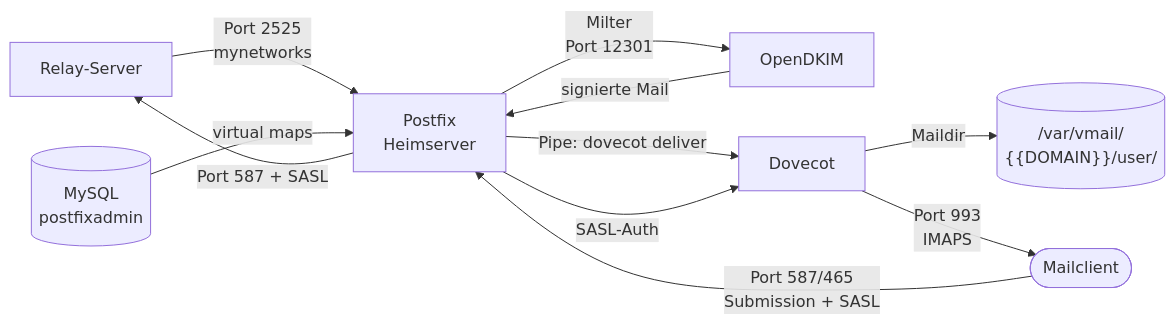
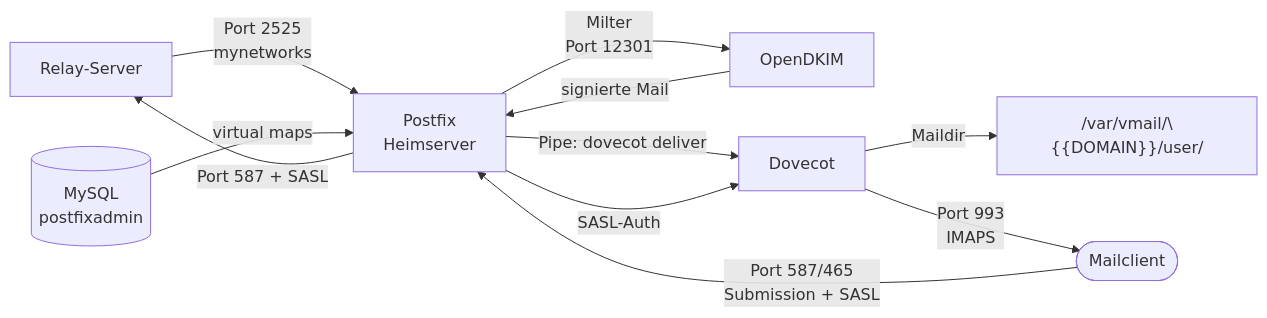
Before and after one commit to Flo-63/Mailserver-Setup: the diagram in docs/02_Infrastruktur/07_home_server.md, drawn with Mermaid.

Commit message:
Remove artifact dir & fix mermaid render issue

````diff
--- a/docs/02_Infrastruktur/07_home_server.md
+++ b/docs/02_Infrastruktur/07_home_server.md
@@ -12,13 +12,13 @@
 ```mermaid
 graph LR
     R[Relay-Server] -->|Port 2525<br/>mynetworks| P[Postfix<br/>Heimserver]
     C([Mailclient]) -->|Port 587/465<br/>Submission + SASL| P
     P -->|Milter<br/>Port 12301| O[OpenDKIM]
     O -->|signierte Mail| P
     P -->|Port 587 + SASL| R
     P -->|Pipe: dovecot deliver| D[Dovecot]
-    D -->|Maildir| M[("`/var/vmail/<br/>{{DOMAIN}}/user/`")]
+    D -->|Maildir| M["/var/vmail/\{{DOMAIN}}/user/"]
     D -->|Port 993<br/>IMAPS| C
     P -->|SASL-Auth| D
     DB[(MySQL<br/>postfixadmin)] -->|virtual maps| P
 ```
````
